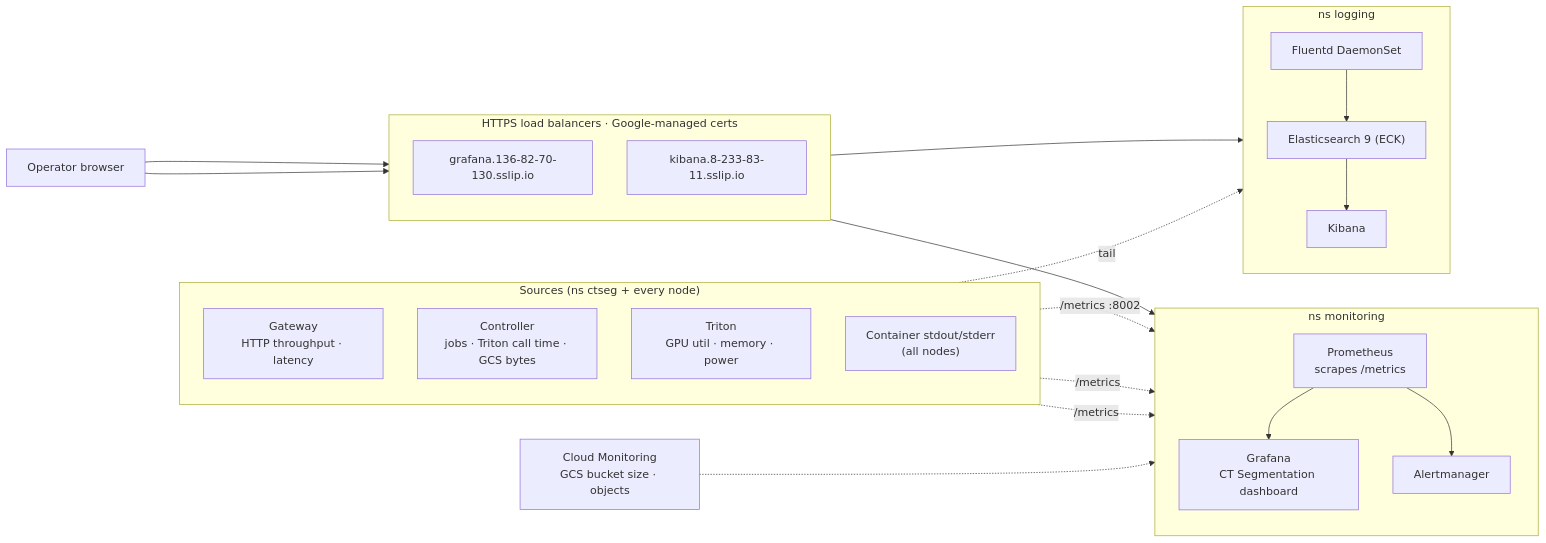
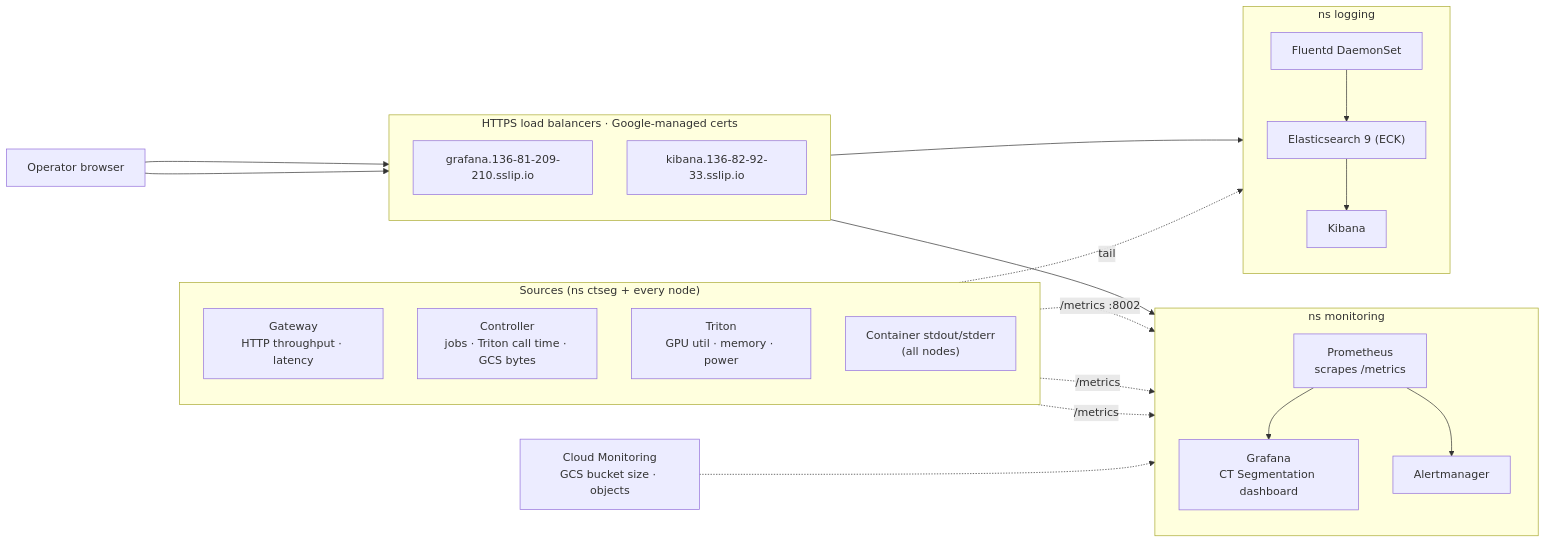
One commit to CMU-DataScience-G5/cloud_infra changed the second of 4 diagrams in docs/architecture.md. Above: the diagram before and after it, drawn with Mermaid. The commit also changed other lines of this file and 3 other files, not shown here.

````diff
--- a/docs/architecture.md
+++ b/docs/architecture.md
@@ -59,44 +59,44 @@
 ```mermaid
 flowchart LR
     ADMIN["Operator browser"]
 
     subgraph EDGE["HTTPS load balancers · Google-managed certs"]
         direction TB
-        LB_G["grafana.136-82-70-130.sslip.io"]
-        LB_K["kibana.8-233-83-11.sslip.io"]
+        LB_G["grafana.136-81-209-210.sslip.io"]
+        LB_K["kibana.136-82-92-33.sslip.io"]
     end
 
     subgraph SRC["Sources (ns ctseg + every node)"]
         direction TB
         GW["Gateway<br/>HTTP throughput · latency"]
         CTRL["Controller<br/>jobs · Triton call time · GCS bytes"]
         TRITON["Triton<br/>GPU util · memory · power"]
         NODES["Container stdout/stderr<br/>(all nodes)"]
     end
 
     subgraph METRICS["ns monitoring"]
         direction TB
         PROM["Prometheus<br/>scrapes /metrics"]
         GRAF["Grafana<br/>CT Segmentation dashboard"]
         AM["Alertmanager"]
     end
 
     subgraph LOGS["ns logging"]
         direction TB
         FLU["Fluentd DaemonSet"]
         ES["Elasticsearch 9 (ECK)"]
         KIB["Kibana"]
     end
 
     CM["Cloud Monitoring<br/>GCS bucket size · objects"]
 
     GW -. "/metrics" .-> PROM
     CTRL -. "/metrics" .-> PROM
     TRITON -. "/metrics :8002" .-> PROM
     PROM --> GRAF
     PROM --> AM
     CM -.-> GRAF
     NODES -. "tail" .-> FLU --> ES --> KIB
     ADMIN --> LB_G --> GRAF
     ADMIN --> LB_K --> KIB
 ```
````
